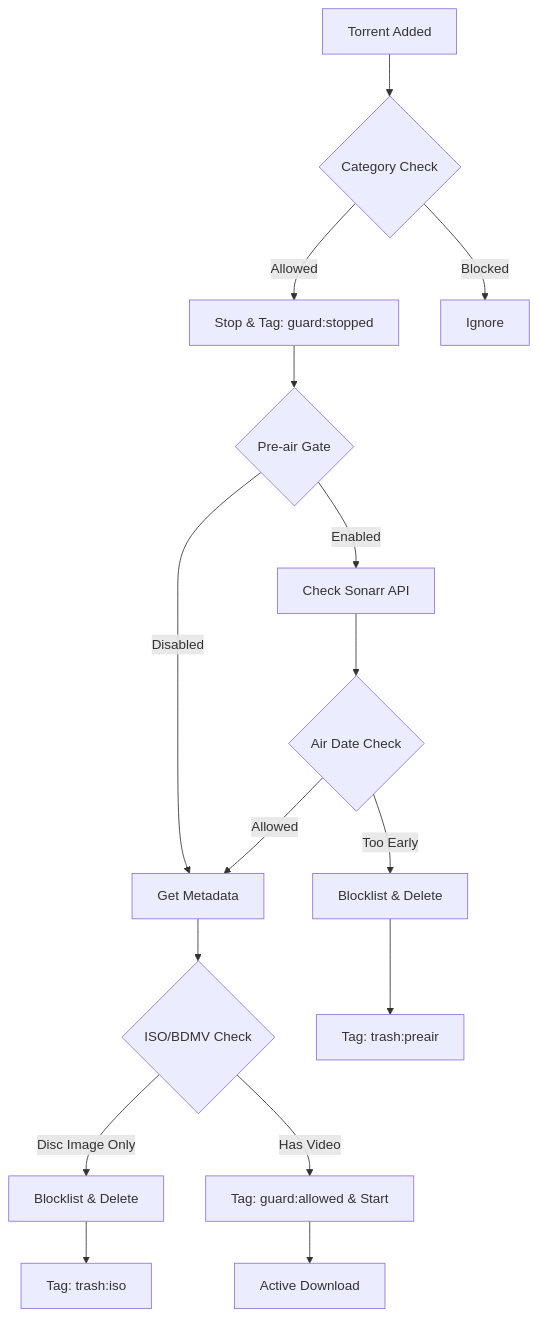
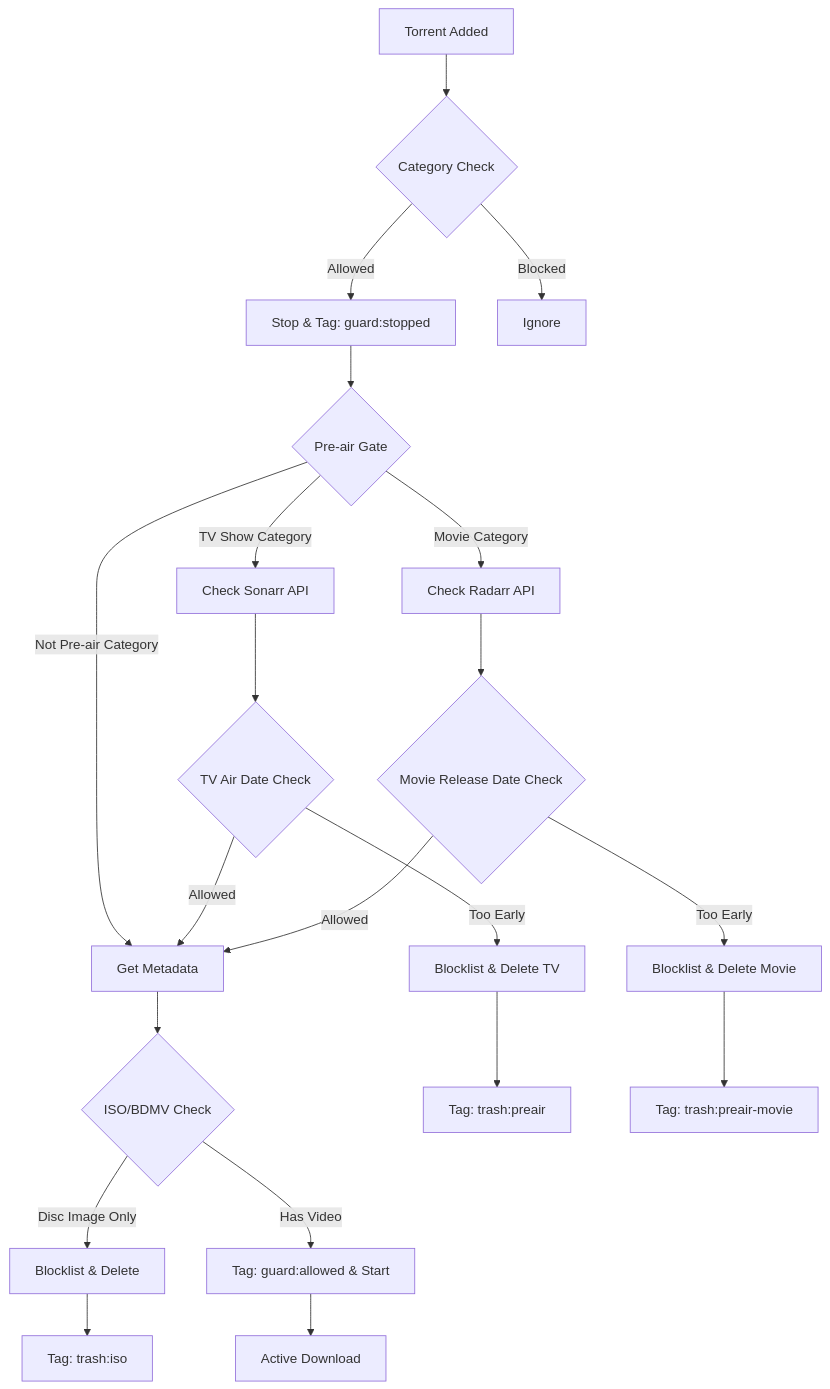
One commit to GEngines/qbit-guard changed the diagram in docs/index.md. Above: the diagram before and after it, drawn with Mermaid. The commit also changed other lines of this file and 2 other files, not shown here.

Commit message:
Update documentation to reflect Radarr pre-air checking features

````diff
--- a/docs/index.md
+++ b/docs/index.md
@@ -104,18 +105,23 @@
 ```mermaid
 flowchart TD
     A[Torrent Added] --> B{Category Check}
     B -->|Allowed| C[Stop & Tag: guard:stopped]
     B -->|Blocked| Z[Ignore]
     C --> D{Pre-air Gate}
-    D -->|Enabled| E[Check Sonarr API]
-    D -->|Disabled| F[Get Metadata]
-    E --> G{Air Date Check}
-    G -->|Too Early| H[Blocklist & Delete]
-    G -->|Allowed| F[Get Metadata]
-    F --> I{ISO/BDMV Check}
-    I -->|Disc Image Only| J[Blocklist & Delete]
-    I -->|Has Video| K[Tag: guard:allowed & Start]
-    H --> L[Tag: trash:preair]
-    J --> M[Tag: trash:iso]
-    K --> N[Active Download]
+    D -->|TV Show Category| E[Check Sonarr API]
+    D -->|Movie Category| F[Check Radarr API]  
+    D -->|Not Pre-air Category| G[Get Metadata]
+    E --> H{TV Air Date Check}
+    F --> I{Movie Release Date Check}
+    H -->|Too Early| J[Blocklist & Delete TV]
+    I -->|Too Early| K[Blocklist & Delete Movie]
+    H -->|Allowed| G[Get Metadata]
+    I -->|Allowed| G[Get Metadata]
+    G --> L{ISO/BDMV Check}
+    L -->|Disc Image Only| M[Blocklist & Delete]
+    L -->|Has Video| N[Tag: guard:allowed & Start]
+    J --> O[Tag: trash:preair]
+    K --> P[Tag: trash:preair-movie]
+    M --> Q[Tag: trash:iso]
+    N --> R[Active Download]
 ```
````
